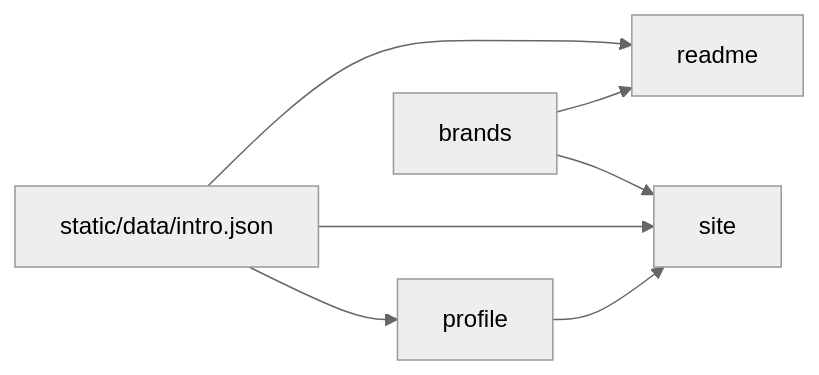
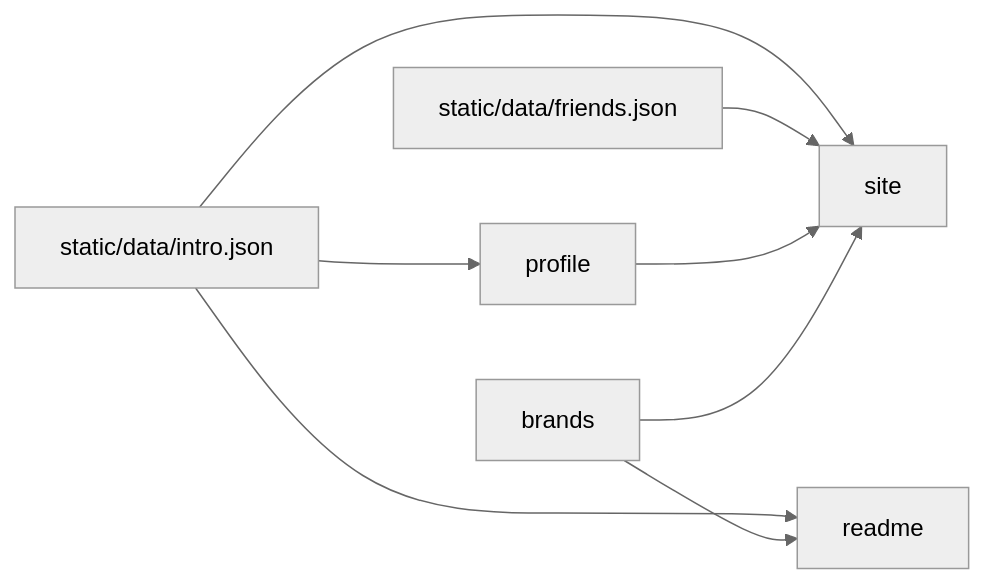
One commit to heyq02/heyq02 changed the diagram in architecture.md. Above: the diagram before and after it, drawn with Mermaid (neutral theme). The commit also changed other lines of this file and 9 other files, not shown here.

First line of the commit message:
feat(site): add Friends page for friend links

````diff
--- a/architecture.md
+++ b/architecture.md
@@ -17,14 +17,16 @@
 ```mermaid
 flowchart LR
   json["static/data/intro.json"]
+  friends["static/data/friends.json"]
   profile["profile"]
   brands["brands"]
   site["site"]
   readme["readme"]
   json --> profile
   json --> site
   json --> readme
+  friends --> site
   profile --> site
   brands --> site
   brands --> readme
 ```
````
